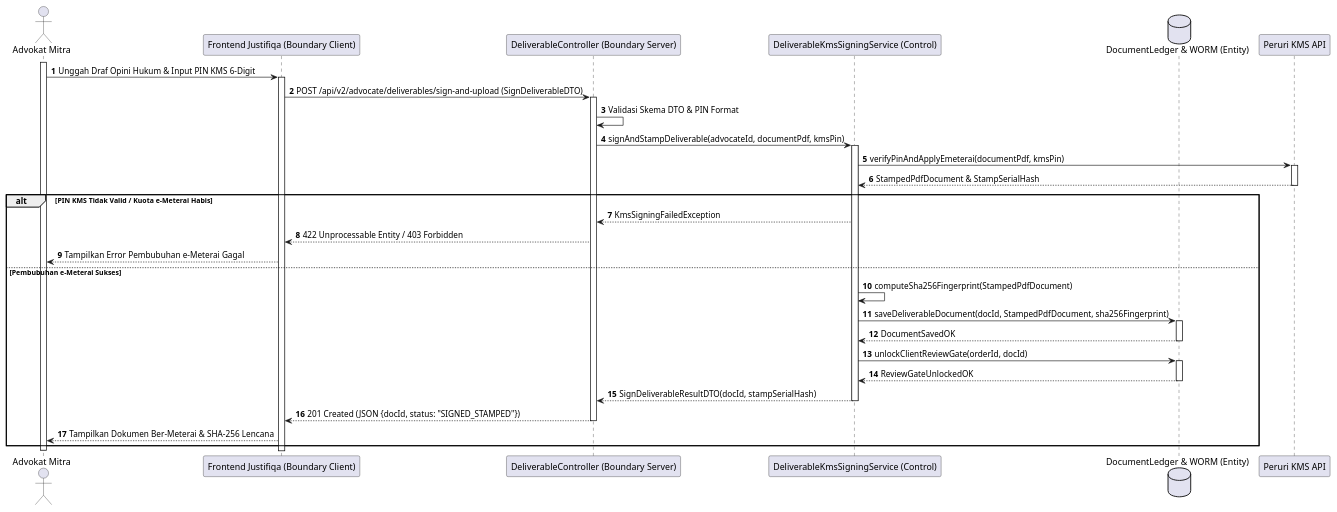
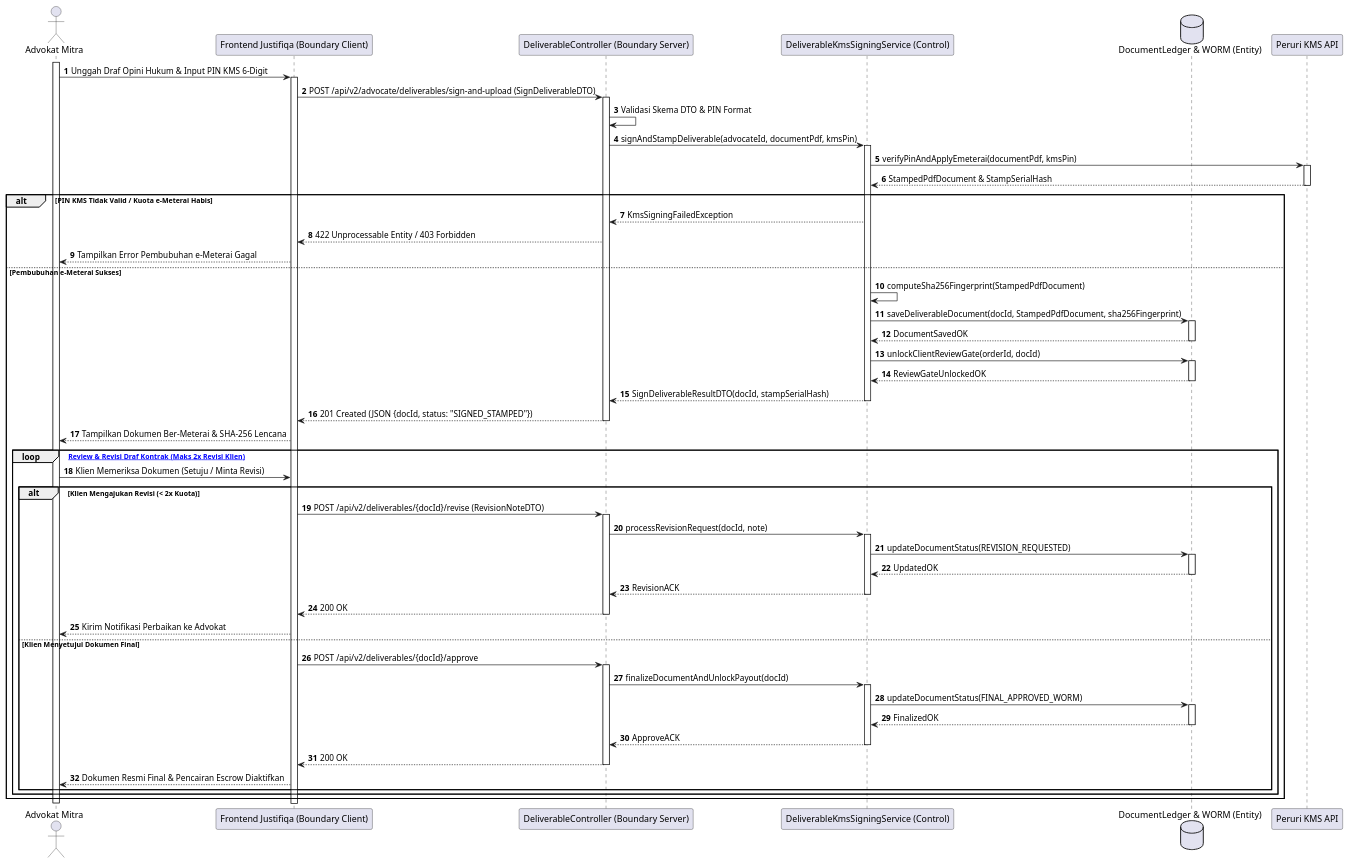
The sixth of 28 diagrams in MarkDown/plantuml_sequence_diagrams.md (tupperwureism/SuperApp-Gagal), drawn with PlantUML before and after one commit. The commit also changed other lines of this file and 1 other file, not shown here.

Commit message:
feat(sequence-diagrams): achieve 100% 1-to-1 branch fidelity between Sequence Diagrams and Activity Diagrams with 5-Lifeline BCE

````diff
--- a/MarkDown/plantuml_sequence_diagrams.md
+++ b/MarkDown/plantuml_sequence_diagrams.md
@@ -277,35 +317,56 @@
 ```plantuml
 @startuml
 autonumber
 actor "Advokat Mitra" as User
 participant "Frontend Justifiqa (Boundary Client)" as B_FE
 participant "DeliverableController (Boundary Server)" as B_BE
 participant "DeliverableKmsSigningService (Control)" as C_Svc
 database "DocumentLedger & WORM (Entity)" as E_DB
 participant "Peruri KMS API" as KMS
 
 activate User
 User -> B_FE ++ : Unggah Draf Opini Hukum & Input PIN KMS 6-Digit
 B_FE -> B_BE ++ : POST /api/v2/advocate/deliverables/sign-and-upload (SignDeliverableDTO)
 B_BE -> B_BE : Validasi Skema DTO & PIN Format
 B_BE -> C_Svc ++ : signAndStampDeliverable(advocateId, documentPdf, kmsPin)
 C_Svc -> KMS ++ : verifyPinAndApplyEmeterai(documentPdf, kmsPin)
 KMS --> C_Svc -- : StampedPdfDocument & StampSerialHash
 
 alt PIN KMS Tidak Valid / Kuota e-Meterai Habis
     C_Svc --> B_BE : KmsSigningFailedException
     B_BE --> B_FE : 422 Unprocessable Entity / 403 Forbidden
     B_FE --> User : Tampilkan Error Pembubuhan e-Meterai Gagal
 else Pembubuhan e-Meterai Sukses
     C_Svc -> C_Svc : computeSha256Fingerprint(StampedPdfDocument)
     C_Svc -> E_DB ++ : saveDeliverableDocument(docId, StampedPdfDocument, sha256Fingerprint)
     E_DB --> C_Svc -- : DocumentSavedOK
     C_Svc -> E_DB ++ : unlockClientReviewGate(orderId, docId)
     E_DB --> C_Svc -- : ReviewGateUnlockedOK
     C_Svc --> B_BE -- : SignDeliverableResultDTO(docId, stampSerialHash)
     B_BE --> B_FE -- : 201 Created (JSON {docId, status: "SIGNED_STAMPED"})
     B_FE --> User : Tampilkan Dokumen Ber-Meterai & SHA-256 Lencana
+
+    loop [Siklus Review & Revisi Draf Kontrak (Maks 2x Revisi Klien)]
+        User -> B_FE : Klien Memeriksa Dokumen (Setuju / Minta Revisi)
+        alt Klien Mengajukan Revisi (< 2x Kuota)
+            B_FE -> B_BE ++ : POST /api/v2/deliverables/{docId}/revise (RevisionNoteDTO)
+            B_BE -> C_Svc ++ : processRevisionRequest(docId, note)
+            C_Svc -> E_DB ++ : updateDocumentStatus(REVISION_REQUESTED)
+            E_DB --> C_Svc -- : UpdatedOK
+            C_Svc --> B_BE -- : RevisionACK
+            B_BE --> B_FE -- : 200 OK
+            B_FE --> User : Kirim Notifikasi Perbaikan ke Advokat
+        else Klien Menyetujui Dokumen Final
+            B_FE -> B_BE ++ : POST /api/v2/deliverables/{docId}/approve
+            B_BE -> C_Svc ++ : finalizeDocumentAndUnlockPayout(docId)
+            C_Svc -> E_DB ++ : updateDocumentStatus(FINAL_APPROVED_WORM)
+            E_DB --> C_Svc -- : FinalizedOK
+            C_Svc --> B_BE -- : ApproveACK
+            B_BE --> B_FE -- : 200 OK
+            B_FE --> User : Dokumen Resmi Final & Pencairan Escrow Diaktifkan
+        end
+    end
 end
 deactivate User
 @enduml
 ```
````
